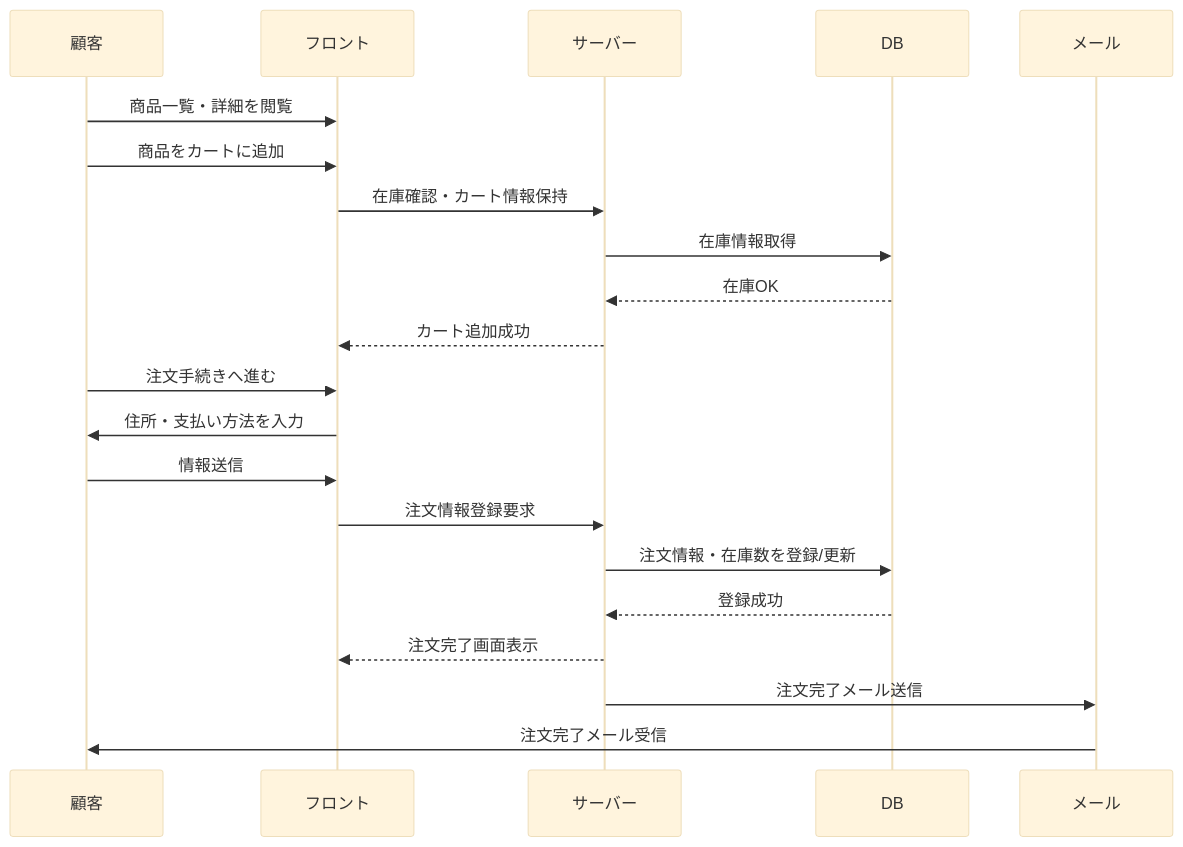
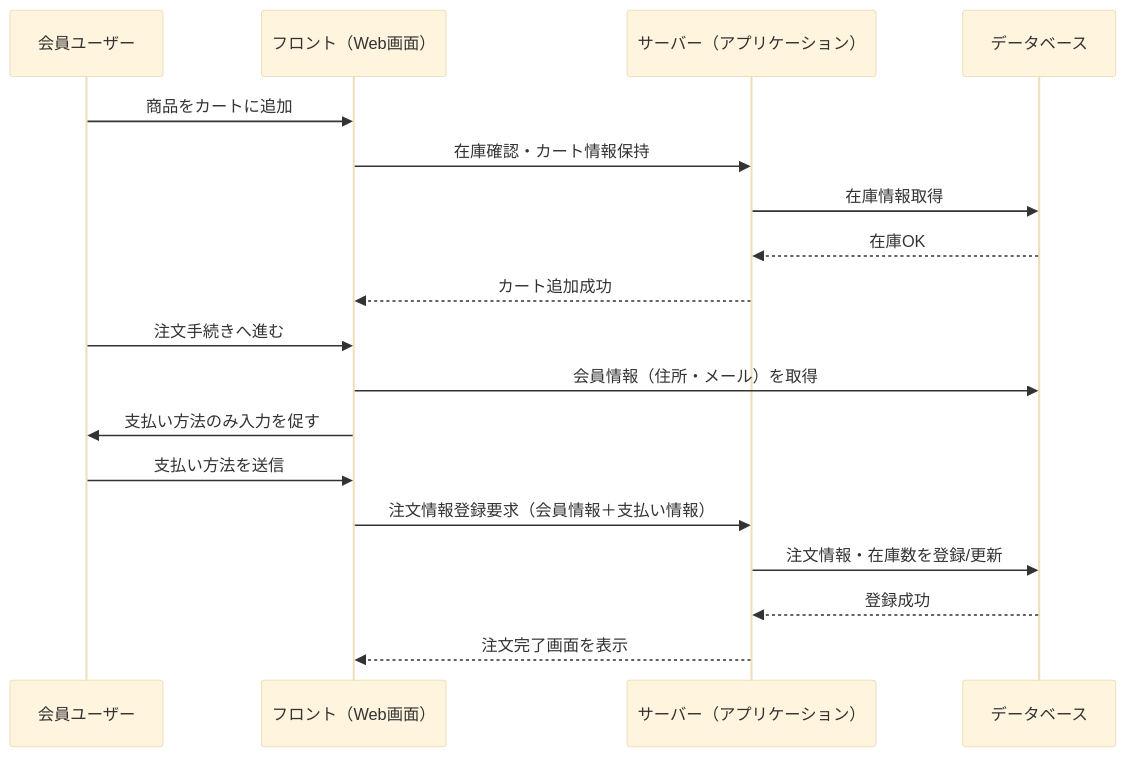
One commit to Hinako-Kimura127/neko changed the second of 7 diagrams in 基本設計/基本設計.md. Above: the diagram before and after it, drawn with Mermaid (base theme). The commit also changed other lines of this file, not shown here.

````diff
--- a/基本設計/基本設計.md
+++ b/基本設計/基本設計.md
@@ -205,20 +166,25 @@
-<div class="mermaid"> 
+```mermaid 
+
 sequenceDiagram
-    顧客 ->> フロント: 商品一覧・詳細を閲覧
+    participant 顧客 as 会員ユーザー
+    participant フロント as フロント（Web画面）
+    participant サーバー as サーバー（アプリケーション）
+    participant DB as データベース
+
     顧客 ->> フロント: 商品をカートに追加
     フロント ->> サーバー: 在庫確認・カート情報保持
     サーバー ->> DB: 在庫情報取得
     DB -->> サーバー: 在庫OK
     サーバー -->> フロント: カート追加成功
 
     顧客 ->> フロント: 注文手続きへ進む
-    フロント ->> 顧客: 住所・支払い方法を入力
-    顧客 ->> フロント: 情報送信
-    フロント ->> サーバー: 注文情報登録要求
+    フロント ->> DB: 会員情報（住所・メール）を取得
+    フロント ->> 顧客: 支払い方法のみ入力を促す
+    顧客 ->> フロント: 支払い方法を送信
+    フロント ->> サーバー: 注文情報登録要求（会員情報＋支払い情報）
+
     サーバー ->> DB: 注文情報・在庫数を登録/更新
     DB -->> サーバー: 登録成功
-    サーバー -->> フロント: 注文完了画面表示
-    サーバー ->> メール: 注文完了メール送信
-    メール ->> 顧客: 注文完了メール受信
-
-</div>
+    サーバー -->> フロント: 注文完了画面を表示
+ 
+``` 
````
